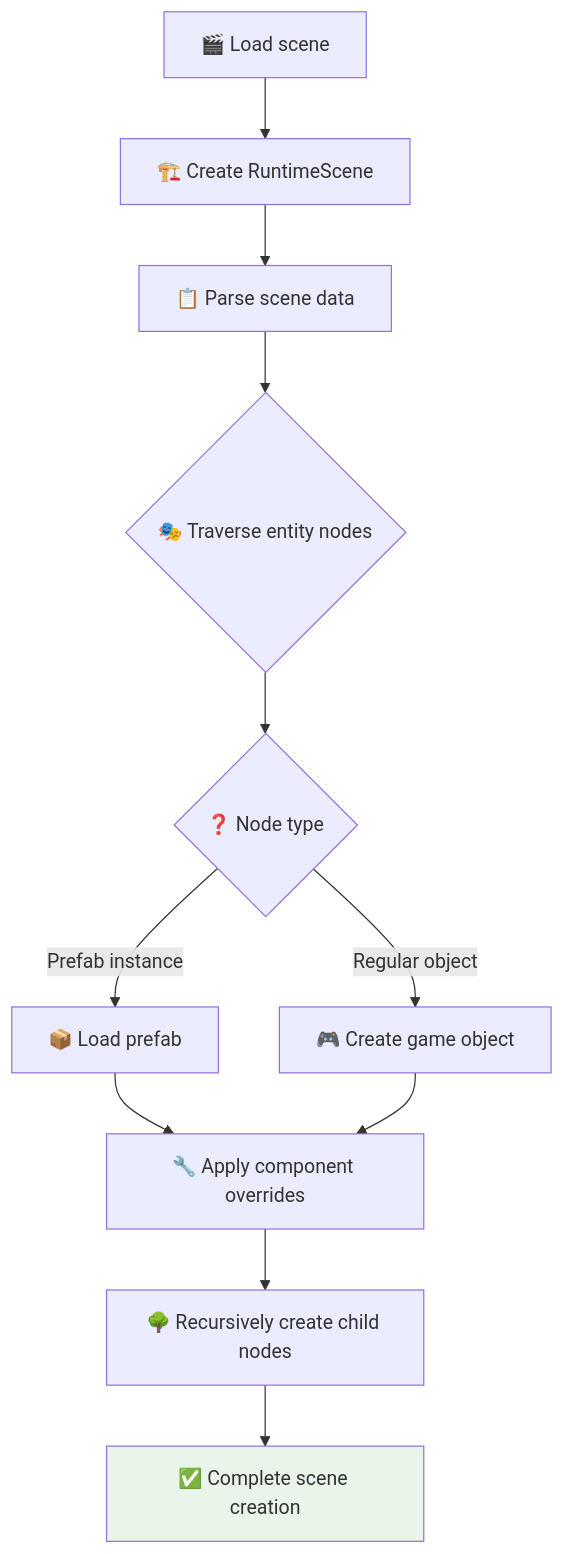
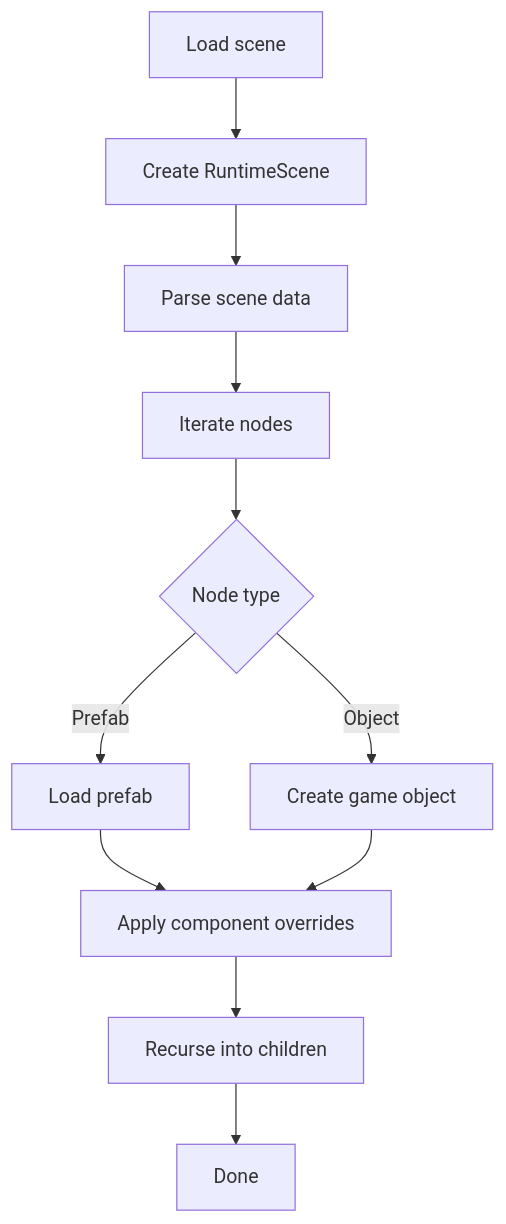
Before and after one commit to NGLSG/Luma: the fourth of 11 diagrams in ARCHITECTURE_EN.md, drawn with Mermaid. The commit also changed other lines of this file and 27 other files, not shown here.

````diff
--- a/ARCHITECTURE_EN.md
+++ b/ARCHITECTURE_EN.md
@@ -111,15 +106,13 @@
 ```mermaid
 graph TD
-    A[🎬 Load scene] --> B[🏗️ Create RuntimeScene]
-B --> C[📋 Parse scene data]
-C --> D{🎭 Traverse entity nodes}
-D --> E{❓ Node type}
-E -->|Prefab instance| F[📦 Load prefab]
-E -->|Regular object| G[🎮 Create game object]
-F --> H[🔧 Apply component overrides]
-G --> H
-H --> I[🌳 Recursively create child nodes]
-I --> J[✅ Complete scene creation]
-
-style J fill:#e8f5e8
+    A[Load scene] --> B[Create RuntimeScene]
+    B --> C[Parse scene data]
+    C --> D[Iterate nodes]
+    D --> E{Node type}
+    E -->|Prefab| F[Load prefab]
+    E -->|Object| G[Create game object]
+    F --> H[Apply component overrides]
+    G --> H
+    H --> I[Recurse into children]
+    I --> J[Done]
 ```
````
